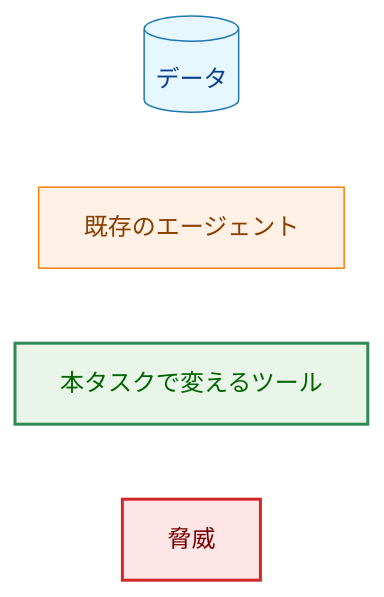
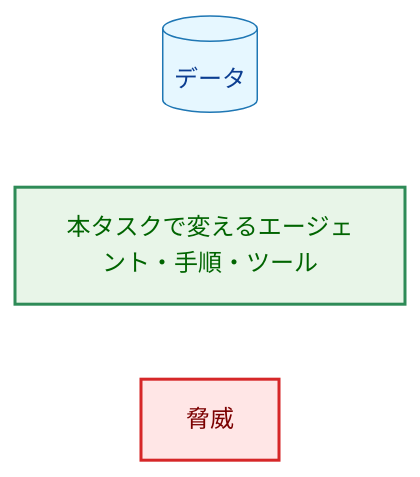
One commit to isseis/yt2column changed the eighth of 11 diagrams in docs/tasks/0053_status_comments_policy/02_architecture.md. Above: the diagram before and after it, drawn with Mermaid. The commit also changed other lines of this file, not shown here.

````diff
--- a/docs/tasks/0053_status_comments_policy/02_architecture.md
+++ b/docs/tasks/0053_status_comments_policy/02_architecture.md
@@ -422,17 +472,14 @@
 ```mermaid
 flowchart LR
     classDef data fill:#e6f7ff,stroke:#1f77b4,stroke-width:1px,color:#0b3d91;
-    classDef process fill:#fff1e6,stroke:#ff7f0e,stroke-width:1px,color:#8a3e00;
     classDef enhanced fill:#e8f5e8,stroke:#2e8b57,stroke-width:2px,color:#006400;
     classDef problem fill:#ffe6e6,stroke:#d62728,stroke-width:2px,color:#7b0000;
 
     L1[("データ")]
-    L2["既存のエージェント"]
-    L3["本タスクで変えるツール"]
-    L4["脅威"]
+    L2["本タスクで変えるエージェント・手順・ツール"]
+    L3["脅威"]
 
     class L1 data
-    class L2 process
-    class L3 enhanced
-    class L4 problem
+    class L2 enhanced
+    class L3 problem
 ```
````
